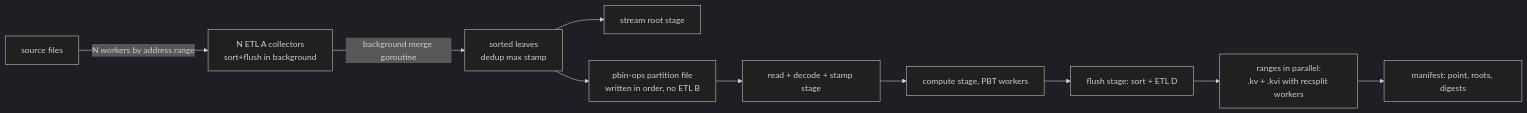
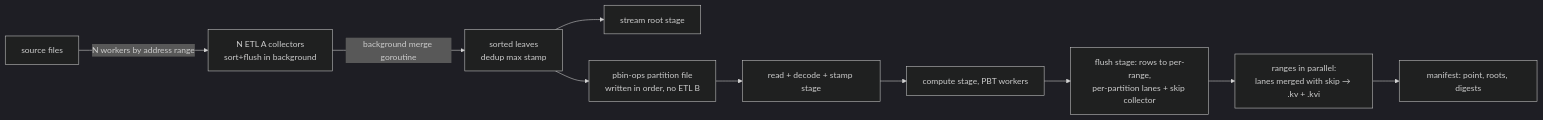
Before and after one commit to erigontech/erigon: the diagram in docs/plans/20261023-pbt-convert-pipeline.md, drawn with Mermaid (dark theme). The commit also changed other lines of this file, not shown here.

Commit message:
docs/plans: rows in lanes instead of ETL D, optional --skip-verify, convert-pbt --resume tasks

````diff
--- a/docs/plans/20261023-pbt-convert-pipeline.md
+++ b/docs/plans/20261023-pbt-convert-pipeline.md
@@ -131,12 +137,12 @@
 ```mermaid
 flowchart LR
   S[source files] -->|N workers by address range| A[N ETL A collectors<br/>sort+flush in background]
   A -->|background merge goroutine| L[sorted leaves<br/>dedup max stamp]
   L --> R[stream root stage]
   L --> C[pbin-ops partition file<br/>written in order, no ETL B]
   C --> F1[read + decode + stamp stage]
   F1 --> F2[compute stage, PBT workers]
-  F2 --> F3[flush stage: sort + ETL D]
-  F3 --> K[ranges in parallel:<br/>.kv + .kvi with recsplit workers]
+  F2 --> F3[flush stage: rows to per-range,<br/>per-partition lanes + skip collector]
+  F3 --> K[ranges in parallel:<br/>lanes merged with skip → .kv + .kvi]
   K --> M[manifest: point, roots, digests]
 ```
````
